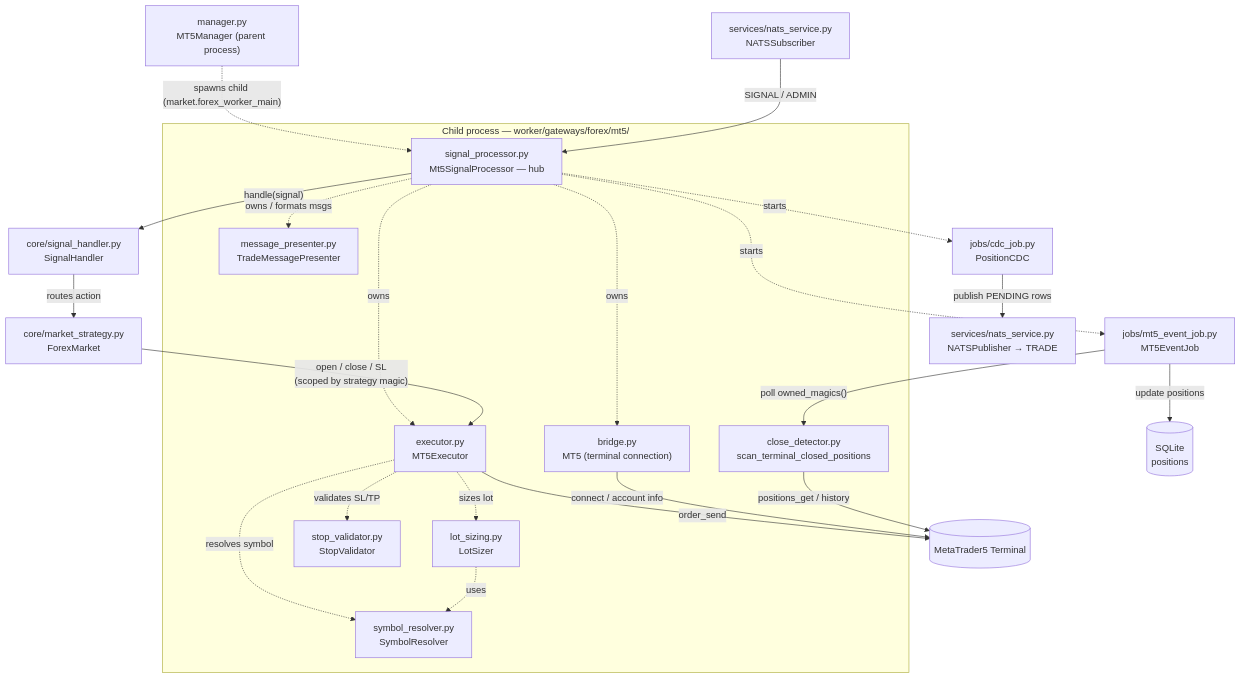
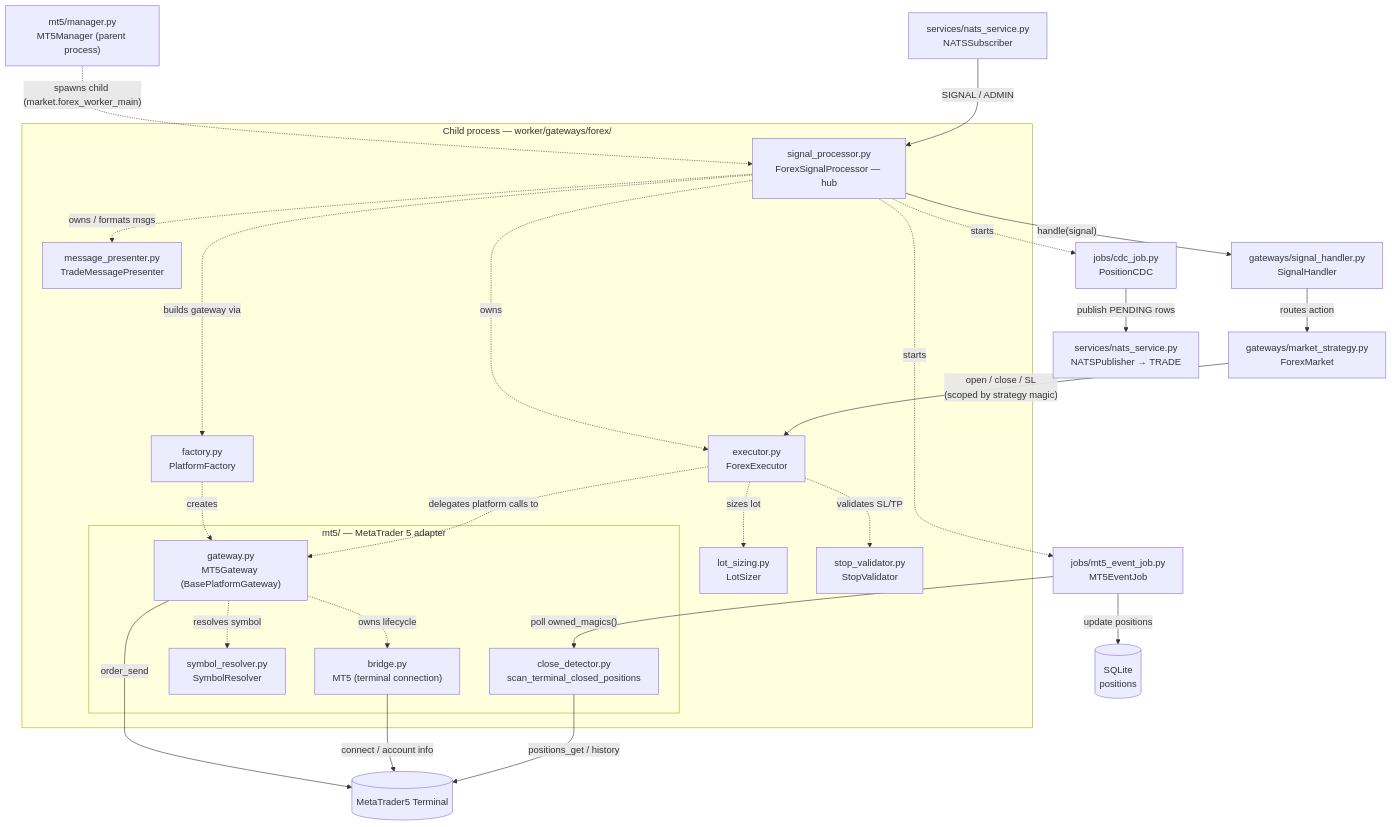
Before and after one commit to rockingrow/algo-trading-worker: the second of 2 diagrams in README.md, drawn with Mermaid. The commit also changed other lines of this file and 12 other files, not shown here.

First line of the commit message:
fix: wrap secrets in SecretStr, patch lot-sizing edge cases, harden MT5 close

````diff
--- a/README.md
+++ b/README.md
@@ -216,42 +221,49 @@
 ```mermaid
 graph TD
-    Manager["manager.py<br/>MT5Manager (parent process)"]
+    Manager["mt5/manager.py<br/>MT5Manager (parent process)"]
 
-    subgraph Child["Child process — worker/gateways/forex/mt5/"]
-        SP["signal_processor.py<br/>Mt5SignalProcessor — hub"]
-        Bridge["bridge.py<br/>MT5 (terminal connection)"]
+    subgraph Child["Child process — worker/gateways/forex/"]
+        SP["signal_processor.py<br/>ForexSignalProcessor — hub"]
+        Factory["factory.py<br/>PlatformFactory"]
+        Executor["executor.py<br/>ForexExecutor"]
         Presenter["message_presenter.py<br/>TradeMessagePresenter"]
-        Executor["executor.py<br/>MT5Executor"]
-        Resolver["symbol_resolver.py<br/>SymbolResolver"]
         LotSizer["lot_sizing.py<br/>LotSizer"]
         StopVal["stop_validator.py<br/>StopValidator"]
-        CloseDet["close_detector.py<br/>scan_terminal_closed_positions"]
+
+        subgraph MT5Pkg["mt5/ — MetaTrader 5 adapter"]
+            Gateway["gateway.py<br/>MT5Gateway (BasePlatformGateway)"]
+            Bridge["bridge.py<br/>MT5 (terminal connection)"]
+            Resolver["symbol_resolver.py<br/>SymbolResolver"]
+            CloseDet["close_detector.py<br/>scan_terminal_closed_positions"]
+        end
     end
 
     Manager -. "spawns child (market.forex_worker_main)" .-> SP
 
     %% Composition — signal_processor builds the stack
-    SP -. "owns" .-> Bridge
+    SP -. "builds gateway via" .-> Factory
+    Factory -. "creates" .-> Gateway
     SP -. "owns" .-> Executor
     SP -. "owns / formats msgs" .-> Presenter
-    Executor -. "resolves symbol" .-> Resolver
+    Executor -. "delegates platform calls to" .-> Gateway
     Executor -. "sizes lot" .-> LotSizer
     Executor -. "validates SL/TP" .-> StopVal
-    LotSizer -. "uses" .-> Resolver
+    Gateway -. "owns lifecycle" .-> Bridge
+    Gateway -. "resolves symbol" .-> Resolver
 
     %% Live signal path
     Sub["services/nats_service.py<br/>NATSSubscriber"] -- "SIGNAL / ADMIN" --> SP
-    SP -- "handle(signal)" --> Handler["core/signal_handler.py<br/>SignalHandler"]
-    Handler -- "routes action" --> Strategy["core/market_strategy.py<br/>ForexMarket"]
+    SP -- "handle(signal)" --> Handler["gateways/signal_handler.py<br/>SignalHandler"]
+    Handler -- "routes action" --> Strategy["gateways/market_strategy.py<br/>ForexMarket"]
     Strategy -- "open / close / SL<br/>(scoped by strategy magic)" --> Executor
-    Executor -- "order_send" --> Term[(MetaTrader5 Terminal)]
+    Gateway -- "order_send" --> Term[(MetaTrader5 Terminal)]
     Bridge -- "connect / account info" --> Term
 
     %% Background jobs started by the hub
     SP -. "starts" .-> EventJob["jobs/mt5_event_job.py<br/>MT5EventJob"]
     SP -. "starts" .-> CDC["jobs/cdc_job.py<br/>PositionCDC"]
     EventJob -- "poll owned_magics()" --> CloseDet
     CloseDet -- "positions_get / history" --> Term
     EventJob -- "update positions" --> DB[("SQLite<br/>positions")]
     CDC -- "publish PENDING rows" --> Pub["services/nats_service.py<br/>NATSPublisher → TRADE"]
 ```
````
